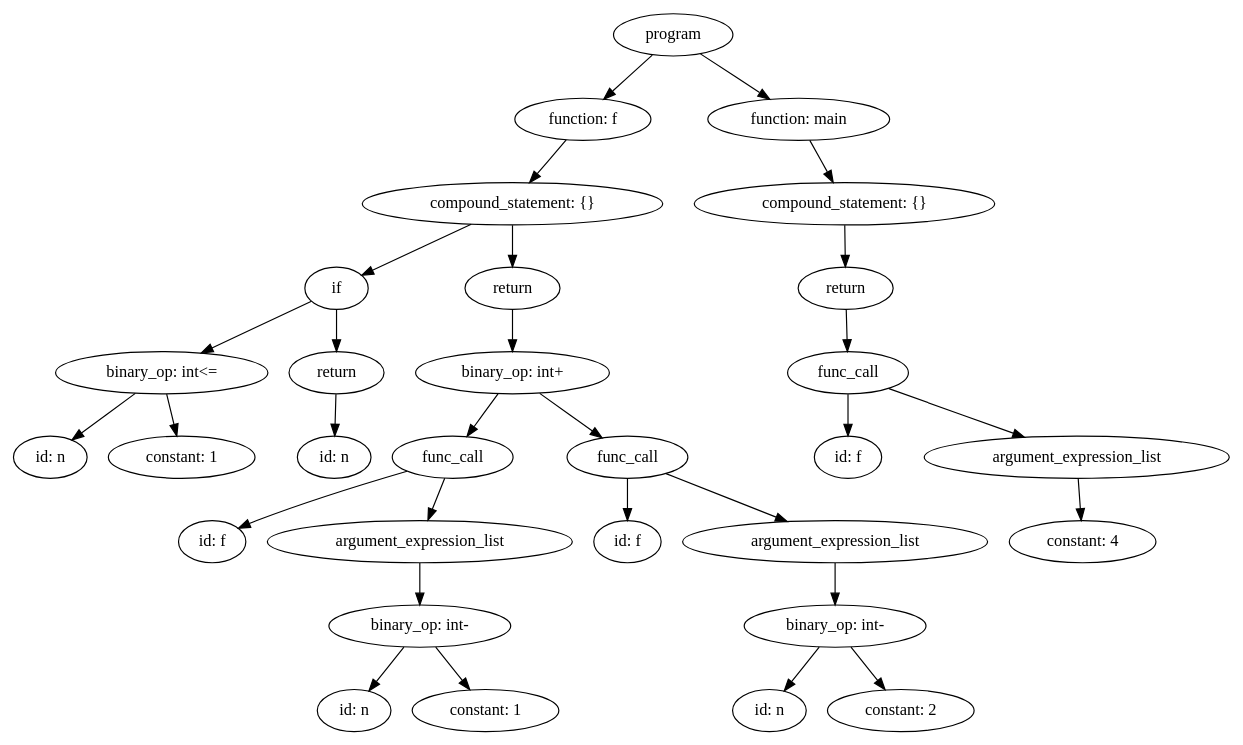
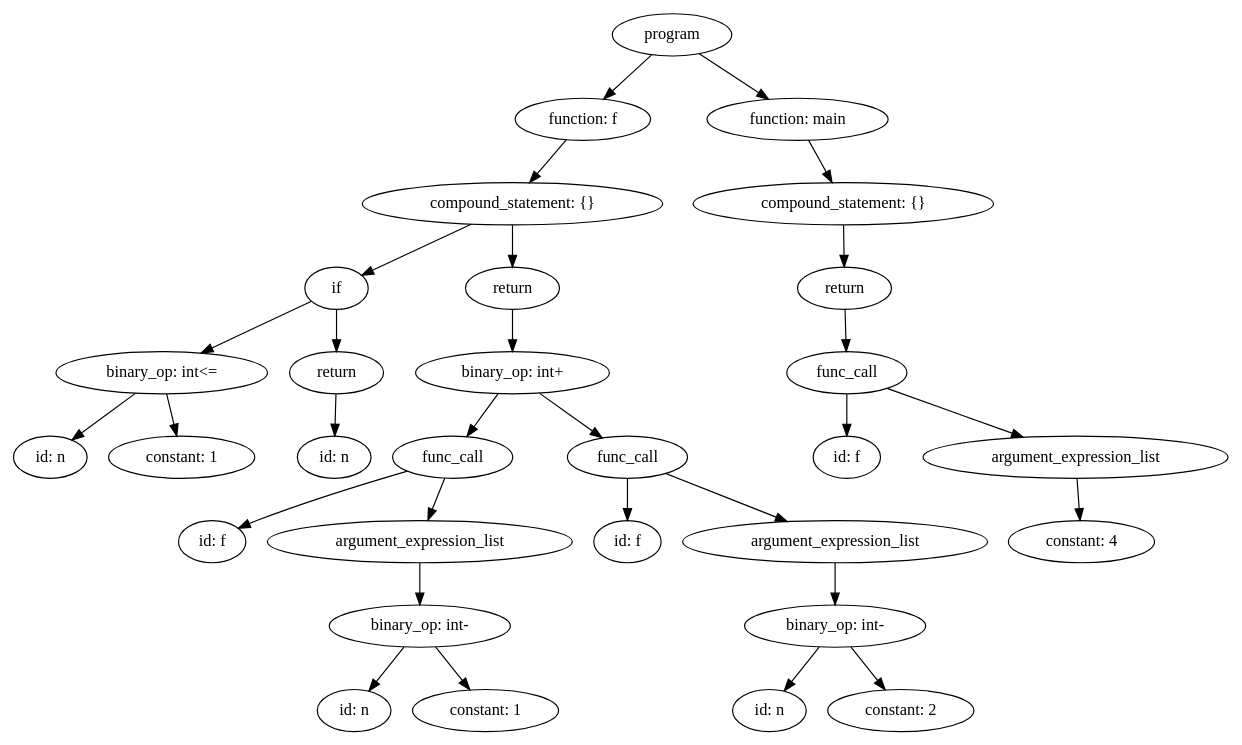
Before and after one commit to rjnrohit/C-Compiler-CS335: the diagram in output/test11.dot, drawn with Graphviz. The commit also changed 68 other files, not shown here.

```diff
--- a/output/test11.dot
+++ b/output/test11.dot
@@ -1,153 +1,153 @@
 strict digraph "" {
-	graph [bb="0,0,1036.2,612"];
+	graph [bb="0,0,858.5,612"];
 	node [label="\N"];
 	38	[height=0.5,
 		label=program,
-		pos="562.2,594",
-		width=1.4082];
+		pos="466,594",
+		width=1.1389];
 	27	[height=0.5,
 		label="function: f",
-		pos="485.2,522",
-		width=1.6111];
-	38 -> 27	[pos="e,502.96,539.15 544.34,576.76 534.33,567.66 521.68,556.16 510.64,546.13"];
+		pos="402,522",
+		width=1.336];
+	38 -> 27	[pos="e,416.91,539.31 451.48,577.12 443.33,568.2 433,556.91 423.89,546.94"];
 	37	[height=0.5,
 		label="function: main",
-		pos="669.2,522",
-		width=2.1528];
-	38 -> 37	[pos="e,644.54,539.13 585.41,577.81 600.14,568.18 619.44,555.55 635.8,544.85"];
+		pos="553,522",
+		width=1.7512];
+	38 -> 37	[pos="e,532.95,539.13 484.88,577.81 496.63,568.35 511.96,556.02 525.1,545.45"];
 	26	[height=0.5,
 		label="compound_statement: {}",
-		pos="425.2,450",
-		width=3.5566];
-	27 -> 26	[pos="e,439.73,467.96 470.98,504.41 463.61,495.82 454.48,485.16 446.31,475.63"];
+		pos="357,450",
+		width=2.7984];
+	27 -> 26	[pos="e,367.9,467.96 391.34,504.41 385.98,496.08 379.37,485.8 373.39,476.49"];
 	36	[height=0.5,
 		label="compound_statement: {}",
-		pos="708.2,450",
-		width=3.5566];
-	37 -> 36	[pos="e,698.57,468.28 678.64,504.05 683.12,496.01 688.58,486.2 693.59,477.23"];
+		pos="590,450",
+		width=2.7984];
+	37 -> 36	[pos="e,580.87,468.28 561.96,504.05 566.21,496.01 571.39,486.2 576.14,477.23"];
 	11	[height=0.5,
 		label=if,
-		pos="275.2,378",
+		pos="232,378",
 		width=0.75];
-	26 -> 11	[pos="e,296.7,389.03 390.03,432.59 364.5,420.67 330.29,404.71 305.86,393.31"];
+	26 -> 11	[pos="e,252.15,390.29 327.69,432.59 307.63,421.36 281.15,406.52 261.13,395.31"];
 	25	[height=0.5,
 		label=return,
-		pos="425.2,378",
-		width=1.125];
-	26 -> 25	[pos="e,425.2,396.1 425.2,431.7 425.2,423.98 425.2,414.71 425.2,406.11"];
+		pos="357,378",
+		width=0.88889];
+	26 -> 25	[pos="e,357,396.1 357,431.7 357,423.98 357,414.71 357,406.11"];
 	35	[height=0.5,
 		label=return,
-		pos="709.2,378",
-		width=1.125];
-	36 -> 35	[pos="e,708.95,396.1 708.44,431.7 708.55,423.98 708.69,414.71 708.81,406.11"];
+		pos="591,378",
+		width=0.88889];
+	36 -> 35	[pos="e,590.76,396.1 590.25,431.7 590.36,423.98 590.49,414.71 590.61,406.11"];
 	8	[height=0.5,
 		label="binary_op: int<=",
-		pos="126.2,306",
-		width=2.5139];
-	11 -> 8	[pos="e,159.89,322.83 253.85,366.97 231.8,356.61 196.79,340.16 169,327.11"];
+		pos="110,306",
+		width=1.9861];
+	11 -> 8	[pos="e,137.61,322.84 212.13,365.6 194.4,355.43 168.01,340.28 146.49,327.94"];
 	10	[height=0.5,
 		label=return,
-		pos="275.2,306",
-		width=1.125];
-	11 -> 10	[pos="e,275.2,324.1 275.2,359.7 275.2,351.98 275.2,342.71 275.2,334.11"];
+		pos="232,306",
+		width=0.88889];
+	11 -> 10	[pos="e,232,324.1 232,359.7 232,351.98 232,342.71 232,334.11"];
 	24	[height=0.5,
 		label="binary_op: int+",
-		pos="425.2,306",
-		width=2.2929];
-	25 -> 24	[pos="e,425.2,324.1 425.2,359.7 425.2,351.98 425.2,342.71 425.2,334.11"];
+		pos="357,306",
+		width=1.8234];
+	25 -> 24	[pos="e,357,324.1 357,359.7 357,351.98 357,342.71 357,334.11"];
 	34	[height=0.5,
 		label=func_call,
-		pos="711.2,306",
-		width=1.4306];
-	35 -> 34	[pos="e,710.71,324.1 709.69,359.7 709.91,351.98 710.18,342.71 710.42,334.11"];
+		pos="593,306",
+		width=1.2096];
+	35 -> 34	[pos="e,592.51,324.1 591.49,359.7 591.71,351.98 591.98,342.71 592.23,334.11"];
 	6	[height=0.5,
 		label="id: n",
-		pos="31.197,234",
-		width=0.86659];
-	8 -> 6	[pos="e,49.722,248.65 103.68,288.41 89.924,278.27 72.253,265.25 57.803,254.6"];
+		pos="27,234",
+		width=0.75];
+	8 -> 6	[pos="e,43.185,248.65 90.33,288.41 78.533,278.46 63.445,265.74 50.956,255.2"];
 	7	[height=0.5,
 		label="constant: 1",
-		pos="143.2,234",
-		width=1.7361];
-	8 -> 7	[pos="e,139.04,252.1 130.4,287.7 132.29,279.9 134.57,270.51 136.68,261.83"];
+		pos="122,234",
+		width=1.375];
+	8 -> 7	[pos="e,119.07,252.1 112.97,287.7 114.29,279.98 115.88,270.71 117.35,262.11"];
 	9	[height=0.5,
 		label="id: n",
-		pos="273.2,234",
-		width=0.86659];
-	10 -> 9	[pos="e,273.69,252.1 274.7,287.7 274.48,279.98 274.22,270.71 273.97,262.11"];
+		pos="230,234",
+		width=0.75];
+	10 -> 9	[pos="e,230.49,252.1 231.51,287.7 231.29,279.98 231.02,270.71 230.77,262.11"];
 	17	[height=0.5,
 		label=func_call,
-		pos="374.2,234",
-		width=1.4306];
-	24 -> 17	[pos="e,386.43,251.79 412.85,288.05 406.71,279.63 399.17,269.28 392.39,259.97"];
+		pos="319,234",
+		width=1.2096];
+	24 -> 17	[pos="e,328.11,251.79 347.8,288.05 343.37,279.89 337.95,269.91 333.02,260.82"];
 	23	[height=0.5,
 		label=func_call,
-		pos="523.2,234",
-		width=1.4306];
-	24 -> 23	[pos="e,501.48,250.51 448.42,288.41 461.86,278.81 478.91,266.63 493.34,256.33"];
+		pos="445,234",
+		width=1.2096];
+	24 -> 23	[pos="e,425.91,250.19 377.41,288.76 389.41,279.22 404.72,267.04 417.74,256.68"];
 	31	[height=0.5,
 		label="id: f",
-		pos="711.2,234",
-		width=0.79437];
-	34 -> 31	[pos="e,711.2,252.1 711.2,287.7 711.2,279.98 711.2,270.71 711.2,262.11"];
+		pos="593,234",
+		width=0.75];
+	34 -> 31	[pos="e,593,252.1 593,287.7 593,279.98 593,270.71 593,262.11"];
 	33	[height=0.5,
 		label=argument_expression_list,
-		pos="906.2,234",
-		width=3.6111];
-	34 -> 33	[pos="e,861.7,250.97 746.06,292.49 775.47,281.93 818.08,266.63 851.95,254.48"];
+		pos="757,234",
+		width=2.8194];
+	34 -> 33	[pos="e,719.88,250.85 622.32,292.49 646.82,282.03 682.21,266.92 710.56,254.82"];
 	12	[height=0.5,
 		label="id: f",
-		pos="169.2,162",
-		width=0.79437];
-	17 -> 12	[pos="e,191.53,173.49 335.3,222.02 301.18,212.06 250.4,196.46 207.2,180 205.11,179.21 202.98,178.36 200.83,177.47"];
+		pos="151,162",
+		width=0.75];
+	17 -> 12	[pos="e,172.22,173.28 288.11,221.2 261.22,210.78 221.29,194.96 187,180 185.19,179.21 183.34,178.39 181.48,177.55"];
 	16	[height=0.5,
 		label=argument_expression_list,
-		pos="346.2,162",
-		width=3.6111];
-	17 -> 16	[pos="e,353.11,180.28 367.42,216.05 364.27,208.18 360.44,198.62 356.91,189.79"];
+		pos="298,162",
+		width=2.8194];
+	17 -> 16	[pos="e,303.18,180.28 313.92,216.05 311.58,208.26 308.75,198.82 306.12,190.08"];
 	18	[height=0.5,
 		label="id: f",
-		pos="523.2,162",
-		width=0.79437];
-	23 -> 18	[pos="e,523.2,180.1 523.2,215.7 523.2,207.98 523.2,198.71 523.2,190.11"];
+		pos="445,162",
+		width=0.75];
+	23 -> 18	[pos="e,445,180.1 445,215.7 445,207.98 445,198.71 445,190.11"];
 	22	[height=0.5,
 		label=argument_expression_list,
-		pos="700.2,162",
-		width=3.6111];
-	23 -> 22	[pos="e,659.41,179.13 556.07,220 582.42,209.58 619.81,194.79 649.91,182.89"];
+		pos="592,162",
+		width=2.8194];
+	23 -> 22	[pos="e,558.28,179.06 472.65,219.83 494.18,209.58 524.46,195.16 549.13,183.41"];
 	32	[height=0.5,
 		label="constant: 4",
-		pos="911.2,162",
-		width=1.7361];
-	33 -> 32	[pos="e,909.98,180.1 907.43,215.7 907.98,207.98 908.65,198.71 909.26,190.11"];
+		pos="761,162",
+		width=1.375];
+	33 -> 32	[pos="e,760.02,180.1 757.99,215.7 758.43,207.98 758.96,198.71 759.45,190.11"];
 	15	[height=0.5,
 		label="binary_op: int-",
-		pos="346.2,90",
-		width=2.1528];
-	16 -> 15	[pos="e,346.2,108.1 346.2,143.7 346.2,135.98 346.2,126.71 346.2,118.11"];
+		pos="298,90",
+		width=1.7693];
+	16 -> 15	[pos="e,298,108.1 298,143.7 298,135.98 298,126.71 298,118.11"];
 	21	[height=0.5,
 		label="binary_op: int-",
-		pos="700.2,90",
-		width=2.1528];
-	22 -> 21	[pos="e,700.2,108.1 700.2,143.7 700.2,135.98 700.2,126.71 700.2,118.11"];
+		pos="592,90",
+		width=1.7693];
+	22 -> 21	[pos="e,592,108.1 592,143.7 592,135.98 592,126.71 592,118.11"];
 	13	[height=0.5,
 		label="id: n",
-		pos="290.2,18",
-		width=0.86659];
-	15 -> 13	[pos="e,302.86,34.829 332.64,72.055 325.63,63.292 316.96,52.451 309.28,42.856"];
+		pos="251,18",
+		width=0.75];
+	15 -> 13	[pos="e,261.63,34.829 286.62,72.055 280.8,63.381 273.61,52.669 267.21,43.147"];
 	14	[height=0.5,
 		label="constant: 1",
-		pos="402.2,18",
-		width=1.7361];
-	15 -> 14	[pos="e,388.77,35.789 359.75,72.055 366.56,63.543 374.94,53.068 382.45,43.681"];
+		pos="346,18",
+		width=1.375];
+	15 -> 14	[pos="e,334.49,35.789 309.62,72.055 315.34,63.715 322.35,53.491 328.68,44.252"];
 	19	[height=0.5,
 		label="id: n",
-		pos="644.2,18",
-		width=0.86659];
-	21 -> 19	[pos="e,656.86,34.829 686.64,72.055 679.63,63.292 670.96,52.451 663.28,42.856"];
+		pos="545,18",
+		width=0.75];
+	21 -> 19	[pos="e,555.63,34.829 580.62,72.055 574.8,63.381 567.61,52.669 561.21,43.147"];
 	20	[height=0.5,
 		label="constant: 2",
-		pos="756.2,18",
-		width=1.7361];
-	21 -> 20	[pos="e,742.77,35.789 713.75,72.055 720.56,63.543 728.94,53.068 736.45,43.681"];
+		pos="640,18",
+		width=1.375];
+	21 -> 20	[pos="e,628.49,35.789 603.62,72.055 609.34,63.715 616.35,53.491 622.68,44.252"];
 }
```
